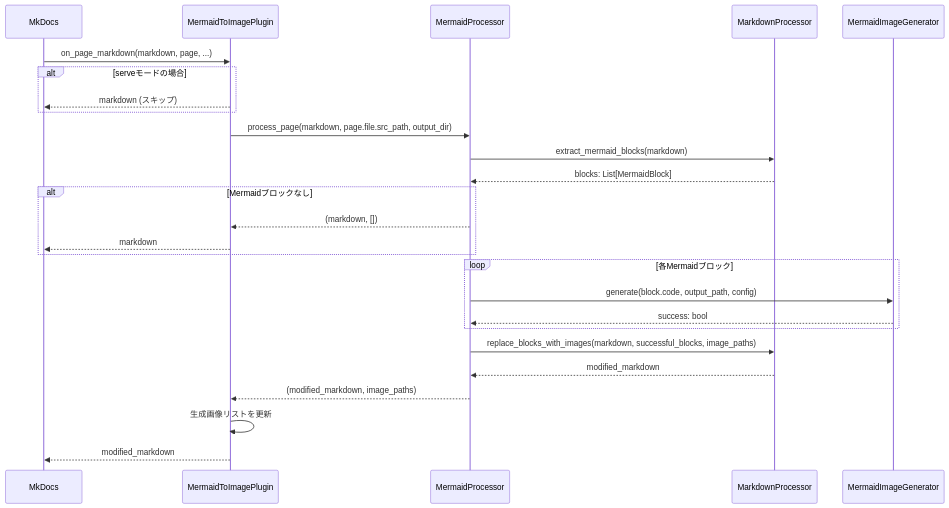
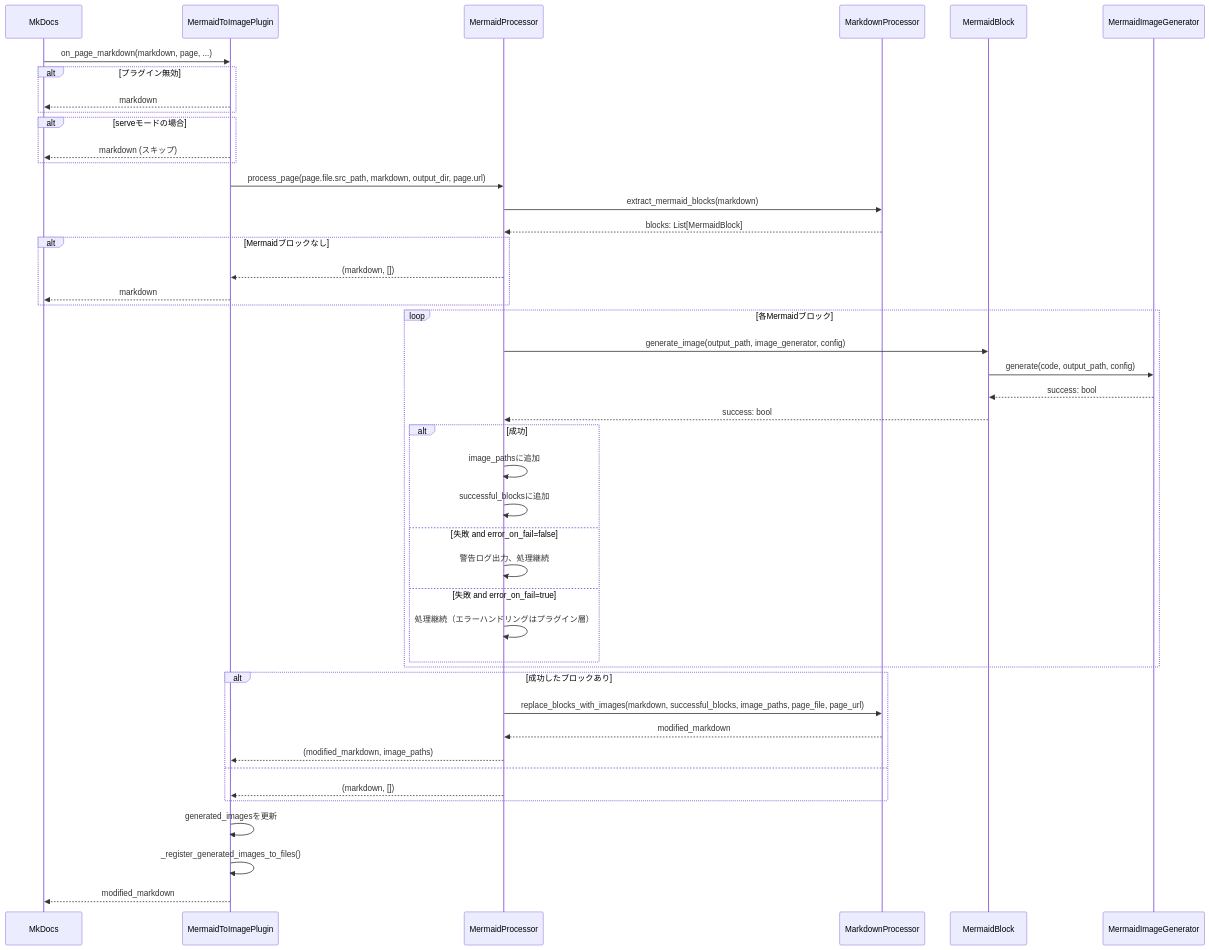
Before and after one commit to nuitsjp/mkdocs-mermaid-to-svg: the fifth of 7 diagrams in docs/architecture.md, drawn with Mermaid. The commit also changed other lines of this file, not shown here.

````diff
--- a/docs/architecture.md
+++ b/docs/architecture.md
@@ -183,34 +202,56 @@
 ```mermaid
 sequenceDiagram
     participant MkDocs
     participant Plugin as MermaidToImagePlugin
     participant Proc as MermaidProcessor
     participant MdProc as MarkdownProcessor
+    participant Block as MermaidBlock
     participant ImgGen as MermaidImageGenerator
 
     MkDocs->>Plugin: on_page_markdown(markdown, page, ...)
+    
+    alt プラグイン無効
+        Plugin-->>MkDocs: markdown
+    end
+    
     alt serveモードの場合
         Plugin-->>MkDocs: markdown (スキップ)
     end
 
-    Plugin->>Proc: process_page(markdown, page.file.src_path, output_dir)
+    Plugin->>Proc: process_page(page.file.src_path, markdown, output_dir, page.url)
     Proc->>MdProc: extract_mermaid_blocks(markdown)
     MdProc-->>Proc: blocks: List[MermaidBlock]
 
     alt Mermaidブロックなし
         Proc-->>Plugin: (markdown, [])
         Plugin-->>MkDocs: markdown
     end
 
     loop 各Mermaidブロック
-        Proc->>ImgGen: generate(block.code, output_path, config)
-        ImgGen-->>Proc: success: bool
+        Proc->>Block: generate_image(output_path, image_generator, config)
+        Block->>ImgGen: generate(code, output_path, config)
+        ImgGen-->>Block: success: bool
+        Block-->>Proc: success: bool
+        
+        alt 成功
+            Proc->>Proc: image_pathsに追加
+            Proc->>Proc: successful_blocksに追加
+        else 失敗 and error_on_fail=false
+            Proc->>Proc: 警告ログ出力、処理継続
+        else 失敗 and error_on_fail=true
+            Proc->>Proc: 処理継続（エラーハンドリングはプラグイン層）
+        end
     end
 
-    Proc->>MdProc: replace_blocks_with_images(markdown, successful_blocks, image_paths)
-    MdProc-->>Proc: modified_markdown
+    alt 成功したブロックあり
+        Proc->>MdProc: replace_blocks_with_images(markdown, successful_blocks, image_paths, page_file, page_url)
+        MdProc-->>Proc: modified_markdown
+        Proc-->>Plugin: (modified_markdown, image_paths)
+    else
+        Proc-->>Plugin: (markdown, [])
+    end
 
-    Proc-->>Plugin: (modified_markdown, image_paths)
-    Plugin->>Plugin: 生成画像リストを更新
+    Plugin->>Plugin: generated_imagesを更新
+    Plugin->>Plugin: _register_generated_images_to_files()
     Plugin-->>MkDocs: modified_markdown
 ```
````
